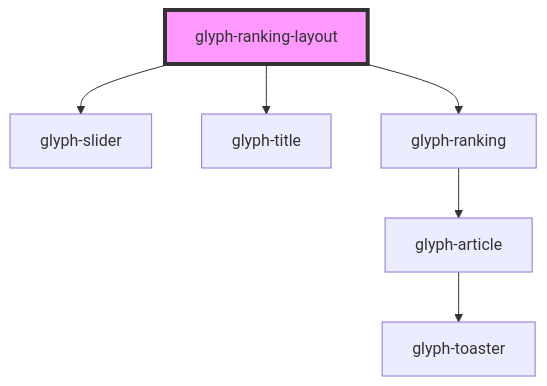
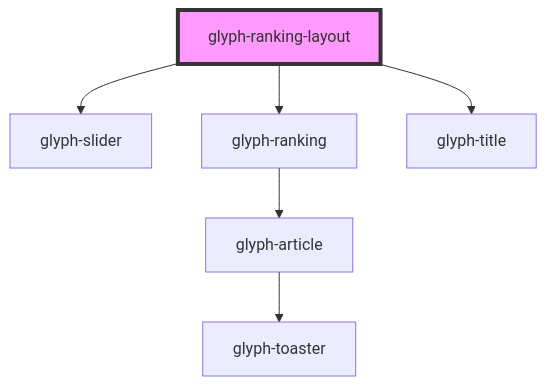
One commit to adrianiy/synth-ui changed the diagram in packages/glyph-components/src/components/layouts/ranking/readme.md. Above: the diagram before and after it, drawn with Mermaid. The commit also changed other lines of this file and 14 other files, not shown here.

````diff
--- a/packages/glyph-components/src/components/layouts/ranking/readme.md
+++ b/packages/glyph-components/src/components/layouts/ranking/readme.md
@@ -27,9 +29,9 @@
 ```mermaid
 graph TD;
   glyph-ranking-layout --> glyph-slider
+  glyph-ranking-layout --> glyph-ranking
   glyph-ranking-layout --> glyph-title
-  glyph-ranking-layout --> glyph-ranking
   glyph-ranking --> glyph-article
   glyph-article --> glyph-toaster
   style glyph-ranking-layout fill:#f9f,stroke:#333,stroke-width:4px
 ```
````
